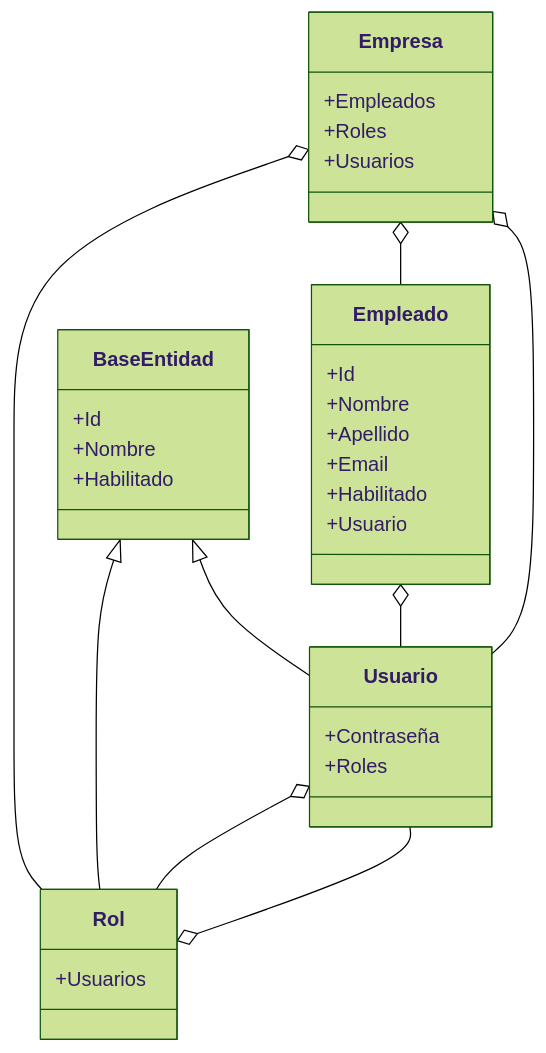
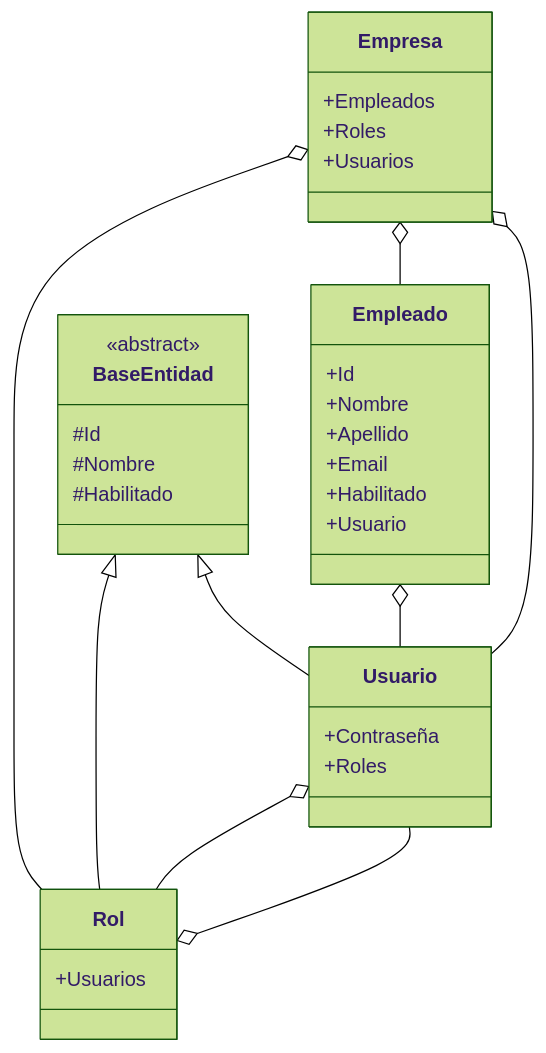
One commit to ET12Objetos/Autenticacion changed the diagram in doc/diagrama.mmd. Above: the diagram before and after it, drawn with Mermaid (forest theme).

Commit message:
Cambios clase abstracta

```diff
--- a/doc/diagrama.mmd
+++ b/doc/diagrama.mmd
@@ -1,36 +1,37 @@
 classDiagram
     Empleado o-- Usuario
     Empresa o-- Rol
     Empresa o-- Empleado
     Empresa o-- Usuario
 
     Rol o-- Usuario
     Usuario o-- Rol
 
     BaseEntidad <|-- Rol
     BaseEntidad <|-- Usuario
 
     class BaseEntidad
-    BaseEntidad: +Id
-    BaseEntidad: +Nombre
-    BaseEntidad: +Habilitado
+    <<abstract>> BaseEntidad
+    BaseEntidad: #Id
+    BaseEntidad: #Nombre
+    BaseEntidad: #Habilitado
 
     class Usuario
     Usuario: +Contraseña
     Usuario: +Roles
 
     class Empleado
     Empleado: +Id
     Empleado: +Nombre
     Empleado: +Apellido
     Empleado: +Email
     Empleado: +Habilitado
     Empleado: +Usuario
 
     class Rol
     Rol: +Usuarios
 
     class Empresa
     Empresa: +Empleados
     Empresa: +Roles
     Empresa: +Usuarios
```
